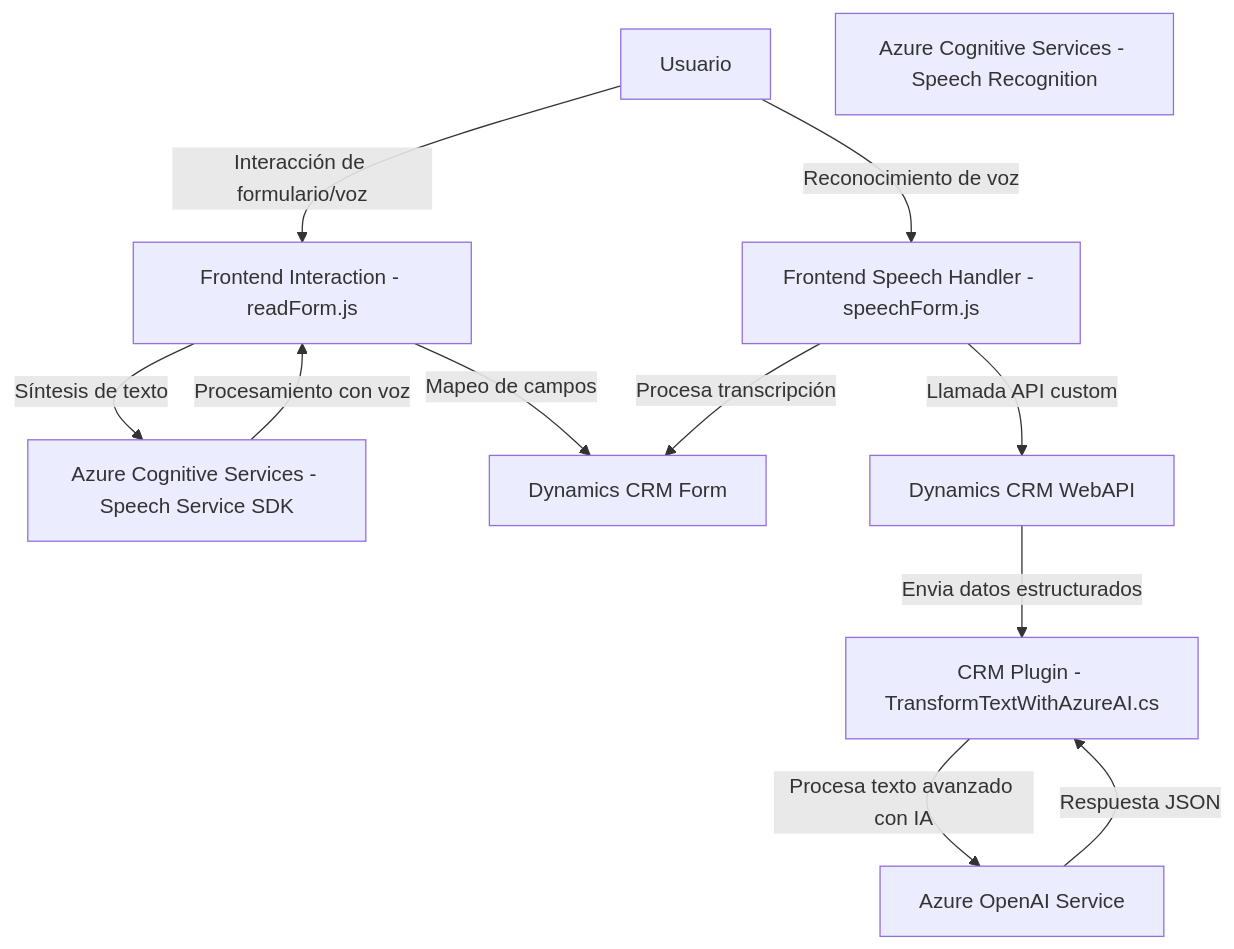
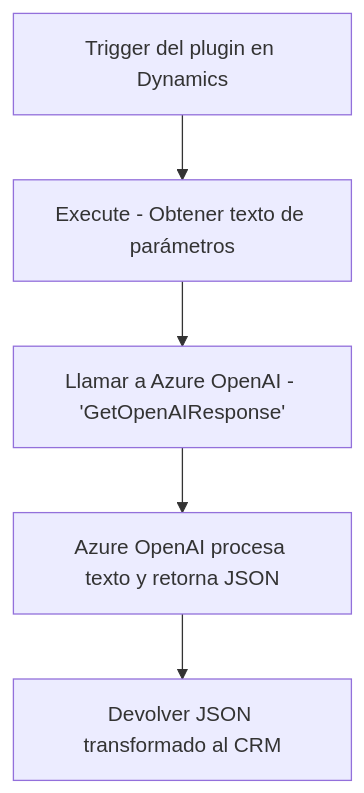
The second of 2 diagrams in README.md (blopezdm/NETCORE_BILBAO2025), drawn with Mermaid before and after one commit. The commit also changed other lines of this file, not shown here.

Commit message:
Actualizar análisis global de la solución con IA

````diff
--- a/README.md
+++ b/README.md
@@ -67,23 +59,7 @@
 ```mermaid
 graph TD
-    A["Usuario"]
-    B["Frontend Interaction - readForm.js"]
-    C["Frontend Speech Handler - speechForm.js"]
-    D["Azure Cognitive Services - Speech Service SDK"]
-    D2["Azure Cognitive Services - Speech Recognition"]
-    E["Dynamics CRM Form"]
-    F["Azure OpenAI Service"]
-    G["CRM Plugin - TransformTextWithAzureAI.cs"]
-    H["Dynamics CRM WebAPI"]
-
-    A -->|Interacción de formulario/voz| B
-    B -->|Síntesis de texto| D
-    D -->|Procesamiento con voz| B
-    B -->|Mapeo de campos| E
-    A -->|Reconocimiento de voz| C
-    C -->|Procesa transcripción| E
-    C -->|Llamada API custom| H
-    H -->|Envia datos estructurados| G
-    G -->|Procesa texto avanzado con IA| F
-    F -->|Respuesta JSON| G
+    A["Trigger del plugin en Dynamics"] --> B["Execute - Obtener texto de parámetros"]
+    B --> C["Llamar a Azure OpenAI - 'GetOpenAIResponse'"]
+    C --> D["Azure OpenAI procesa texto y retorna JSON"]
+    D --> E["Devolver JSON transformado al CRM"]
 ```
````
